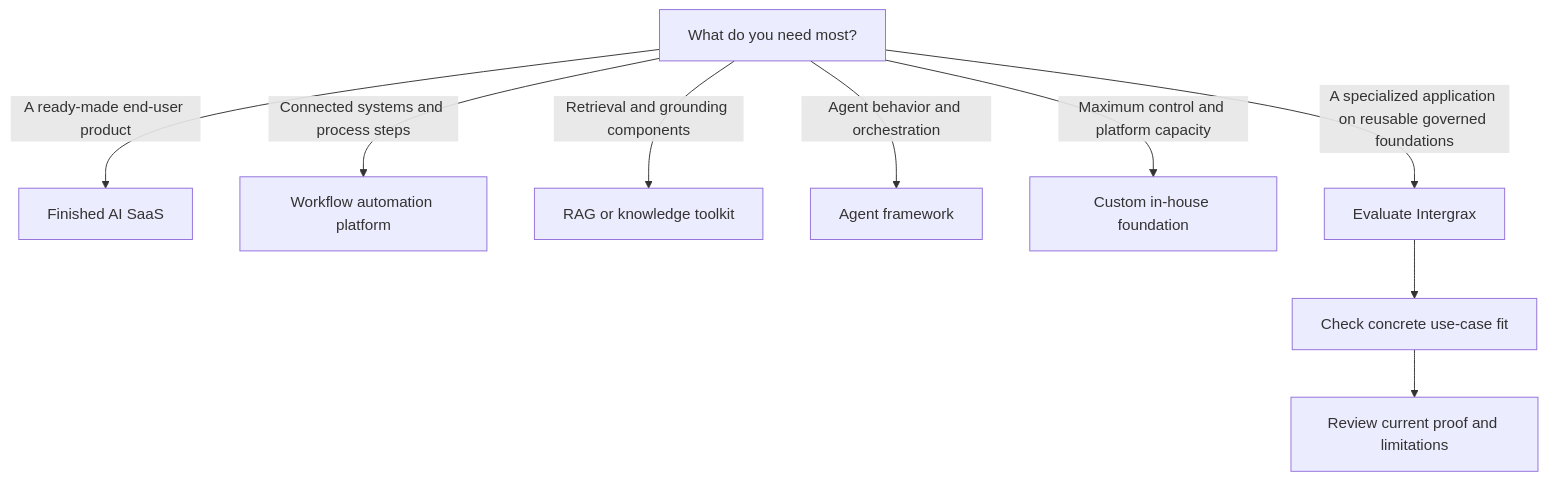
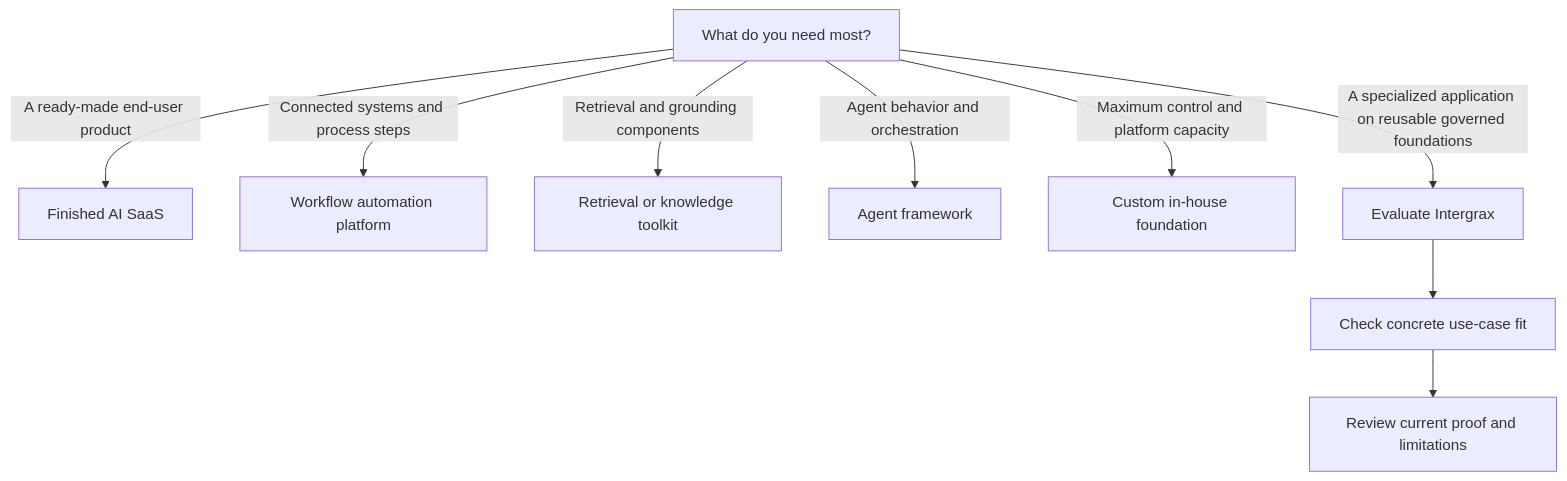
Before and after one commit to jakbuczarnecki/intergrax: the second of 2 diagrams in WHY_INTERGRAX.md, drawn with Mermaid. The commit also changed other lines of this file and 11 other files, not shown here.

````diff
--- a/WHY_INTERGRAX.md
+++ b/WHY_INTERGRAX.md
@@ -112,12 +112,12 @@
 ```mermaid
 flowchart TD
     A[What do you need most?]
     A -->|A ready-made end-user product| B[Finished AI SaaS]
     A -->|Connected systems and process steps| C[Workflow automation platform]
-    A -->|Retrieval and grounding components| D[RAG or knowledge toolkit]
+    A -->|Retrieval and grounding components| D[Retrieval or knowledge toolkit]
     A -->|Agent behavior and orchestration| E[Agent framework]
     A -->|Maximum control and platform capacity| F[Custom in-house foundation]
     A -->|A specialized application on reusable governed foundations| G[Evaluate Intergrax]
     G --> H[Check concrete use-case fit]
     H --> I[Review current proof and limitations]
 ```
````
